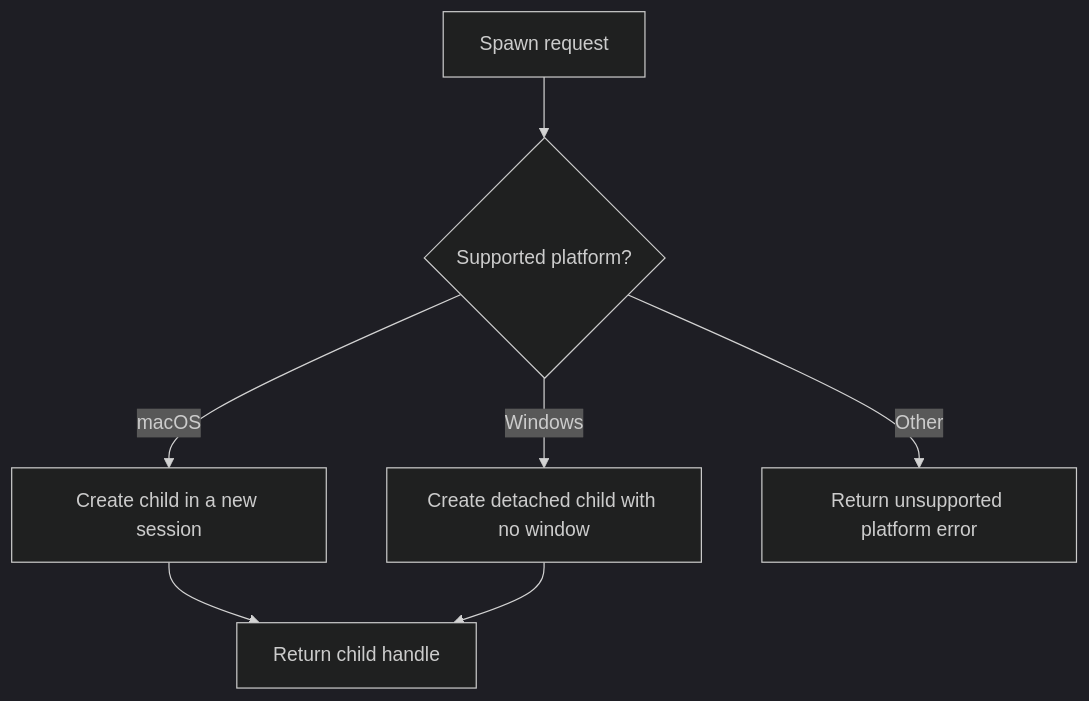
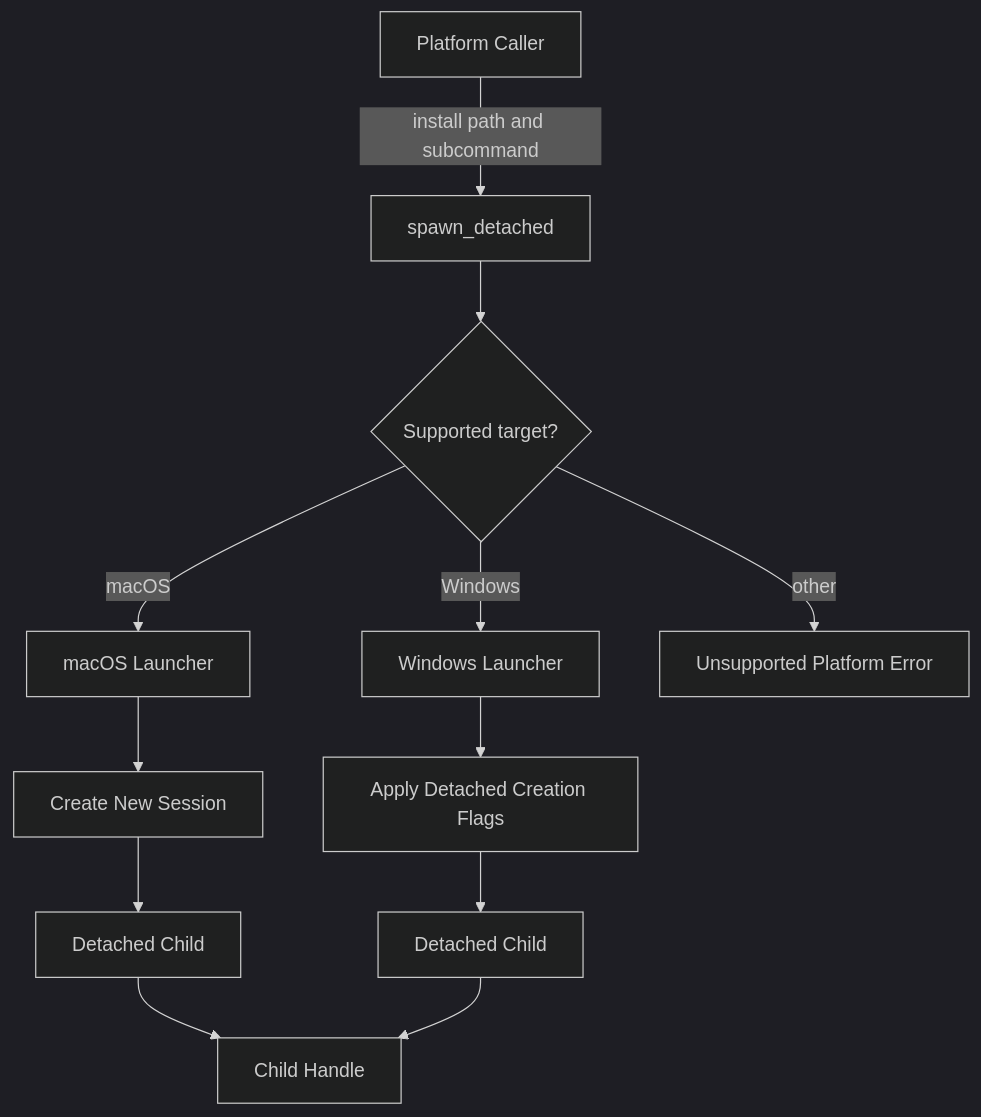
One commit to flamingo-stack/openframe-oss-tenant changed the second of 3 diagrams in docs/reference/architecture/openframe-client-core/platform-detached-process/platform-detached-process.md. Above: the diagram before and after it, drawn with Mermaid (dark theme). The commit also changed other lines of this file and 2377 other files, not shown here.

````diff
--- a/docs/reference/architecture/openframe-client-core/platform-detached-process/platform-detached-process.md
+++ b/docs/reference/architecture/openframe-client-core/platform-detached-process/platform-detached-process.md
@@ -36,9 +65,14 @@
 ```mermaid
 flowchart TD
-    Request["Spawn request"] --> SelectPlatform{"Supported platform?"}
-    SelectPlatform -->|"macOS"| MacLaunch["Create child in a new session"]
-    SelectPlatform -->|"Windows"| WindowsLaunch["Create detached child with no window"]
-    SelectPlatform -->|"Other"| Unsupported["Return unsupported platform error"]
-    MacLaunch --> Child["Return child handle"]
-    WindowsLaunch --> Child
+    Caller["Platform Caller"] -->|"install path and subcommand"| PublicApi["spawn_detached"]
+    PublicApi --> TargetCheck{"Supported target?"}
+    TargetCheck -->|"macOS"| MacLauncher["macOS Launcher"]
+    TargetCheck -->|"Windows"| WindowsLauncher["Windows Launcher"]
+    TargetCheck -->|"other"| Unsupported["Unsupported Platform Error"]
+    MacLauncher --> Session["Create New Session"]
+    Session --> MacChild["Detached Child"]
+    WindowsLauncher --> Flags["Apply Detached Creation Flags"]
+    Flags --> WindowsChild["Detached Child"]
+    MacChild --> ChildHandle["Child Handle"]
+    WindowsChild --> ChildHandle
 ```
````
